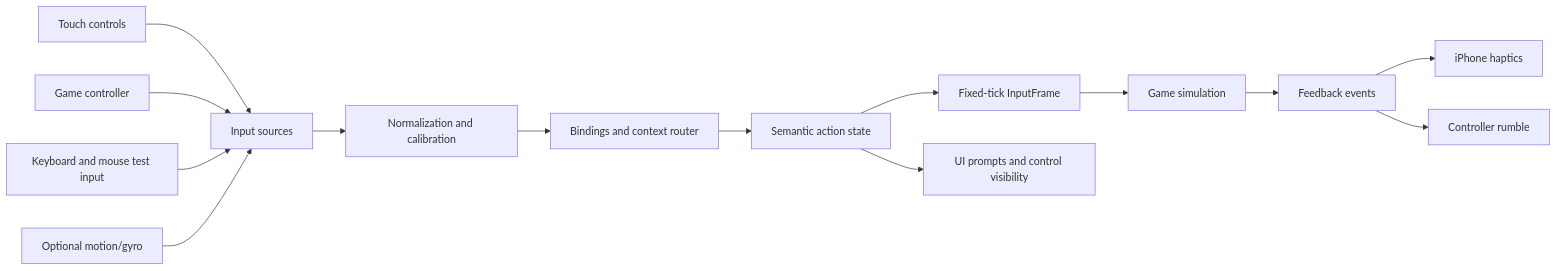
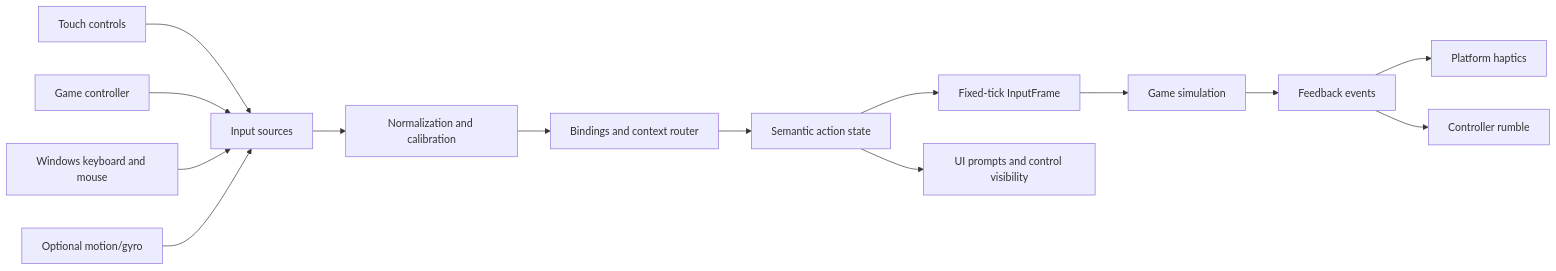
The diagram in docs/systems/INPUT.md (tryk016/airfix-dogfighter), drawn with Mermaid before and after one commit. The commit also changed other lines of this file and 14 other files, not shown here.

````diff
--- a/docs/systems/INPUT.md
+++ b/docs/systems/INPUT.md
@@ -33,16 +34,16 @@
 ```mermaid
 flowchart LR
     T["Touch controls"] --> A["Input sources"]
     G["Game controller"] --> A
-    K["Keyboard and mouse test input"] --> A
+    K["Windows keyboard and mouse"] --> A
     M["Optional motion/gyro"] --> A
     A --> B["Normalization and calibration"]
     B --> C["Bindings and context router"]
     C --> D["Semantic action state"]
     D --> E["Fixed-tick InputFrame"]
     E --> F["Game simulation"]
     D --> U["UI prompts and control visibility"]
     F --> H["Feedback events"]
-    H --> I["iPhone haptics"]
+    H --> I["Platform haptics"]
     H --> J["Controller rumble"]
 ```
````
